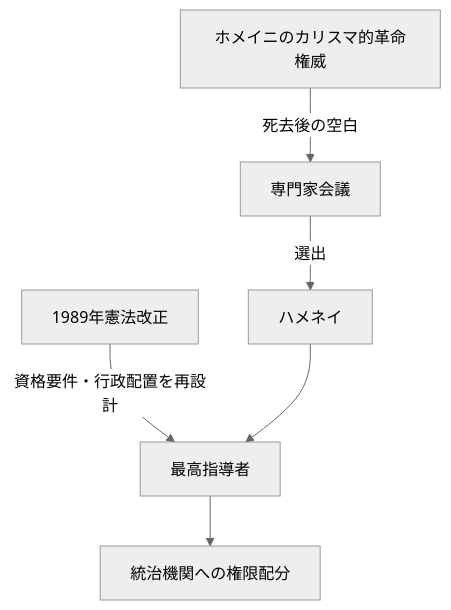
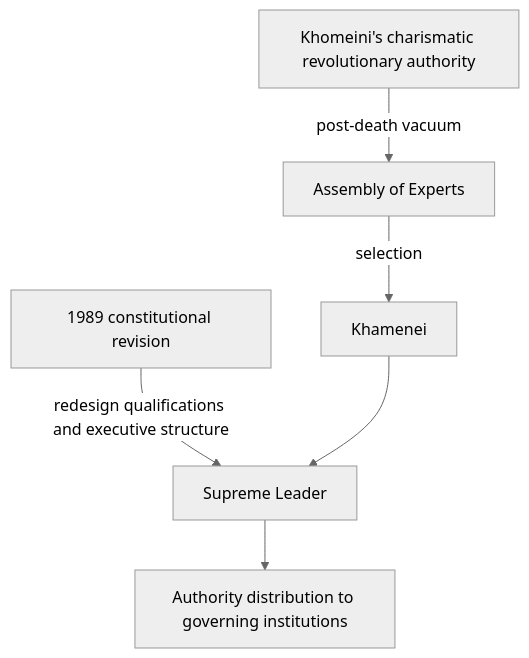
The second of 3 diagrams in content/blog/en/khomeini-to-khamenei-transition.mdx (daylight55/research), drawn with Mermaid (neutral theme) before and after one commit. The commit also changed other lines of this file and 26 other files, not shown here.

Commit message:
Translate English Mermaid labels

````diff
--- a/content/blog/en/khomeini-to-khamenei-transition.mdx
+++ b/content/blog/en/khomeini-to-khamenei-transition.mdx
@@ -42,15 +42,15 @@
 ```mermaid
 flowchart TB
-    Khomeini["ホメイニのカリスマ的革命権威"]
-    Assembly["専門家会議"]
-    Revision["1989年憲法改正"]
-    Khamenei["ハメネイ"]
-    Leader["最高指導者"]
-    Institutions["統治機関への権限配分"]
+    Khomeini["Khomeini's charismatic revolutionary authority"]
+    Assembly["Assembly of Experts"]
+    Revision["1989 constitutional revision"]
+    Khamenei["Khamenei"]
+    Leader["Supreme Leader"]
+    Institutions["Authority distribution to governing institutions"]
 
-    Khomeini -->|死去後の空白| Assembly
-    Assembly -->|選出| Khamenei
-    Revision -->|資格要件・行政配置を再設計| Leader
+    Khomeini -->|post-death vacuum| Assembly
+    Assembly -->|selection| Khamenei
+    Revision -->|redesign qualifications and executive structure| Leader
     Khamenei --> Leader
     Leader --> Institutions
 ```
````
